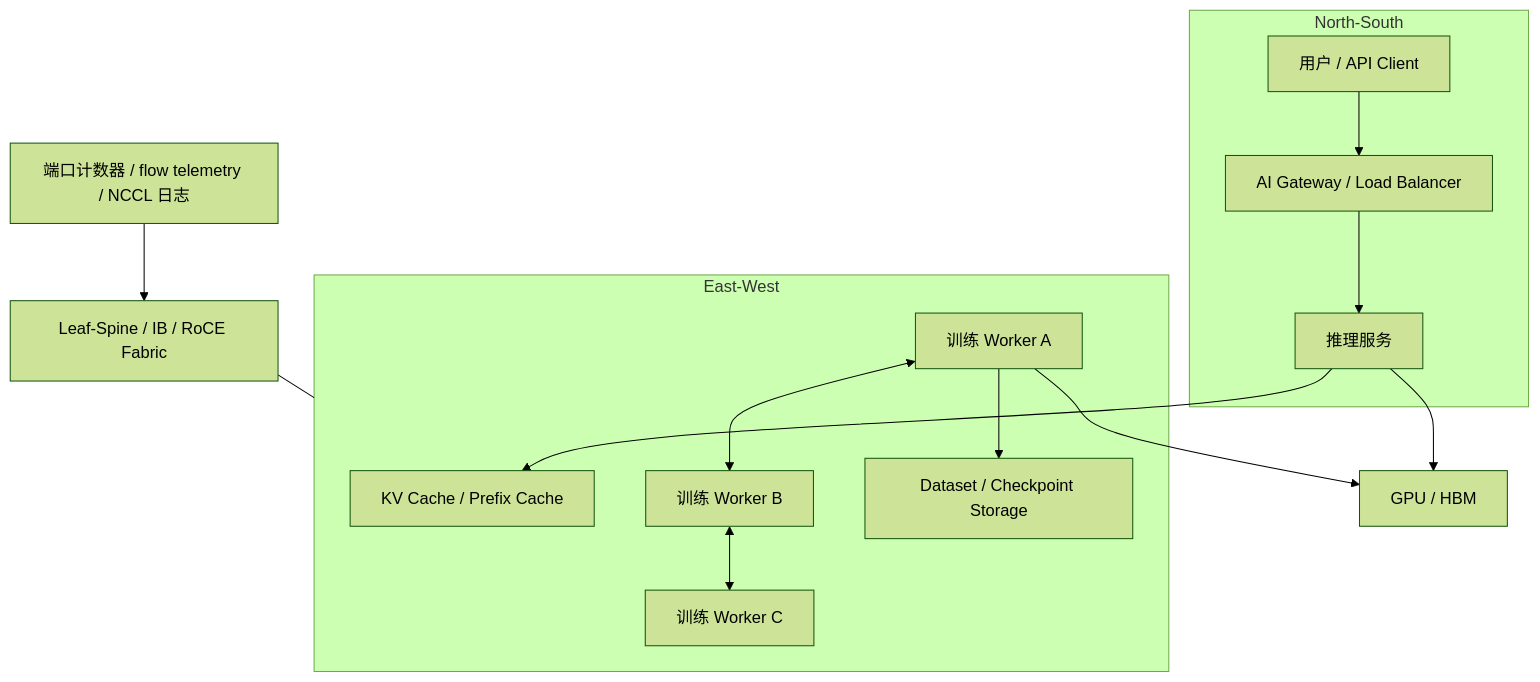
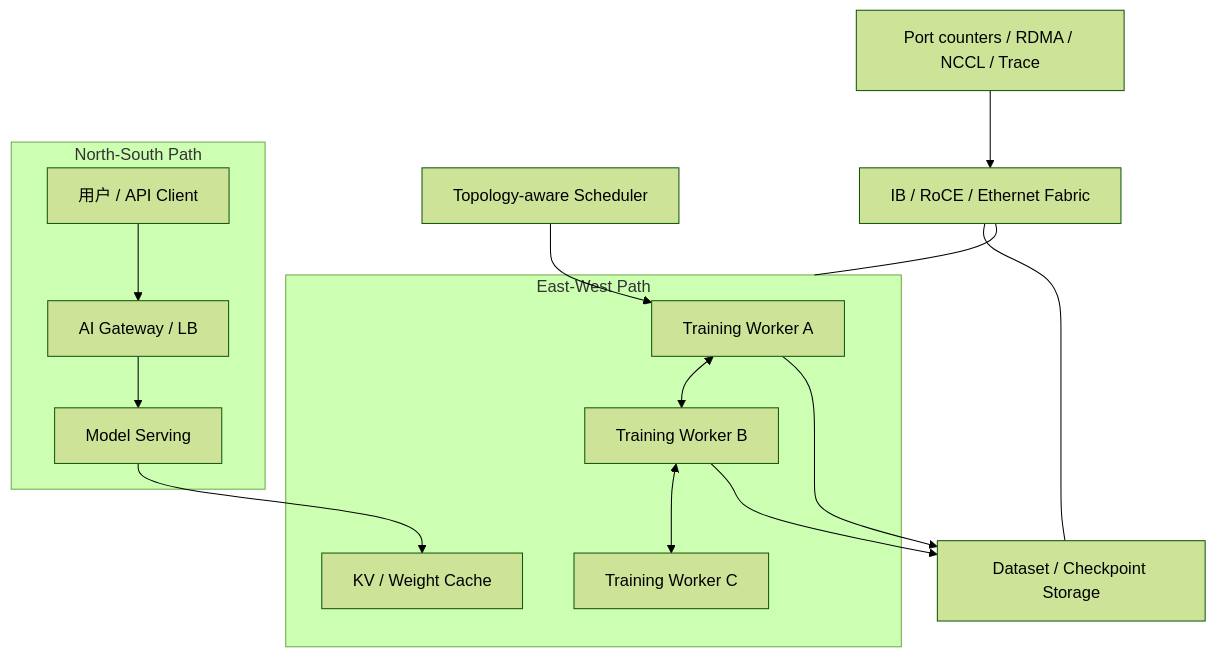
Before and after one commit to ikingye/ai-factory-engineering: the diagram in docs/part-07-network-storage/chapter-30-ai-networking-basics.md, drawn with Mermaid (forest theme). The commit also changed other lines of this file and 3 other files, not shown here.

````diff
--- a/docs/part-07-network-storage/chapter-30-ai-networking-basics.md
+++ b/docs/part-07-network-storage/chapter-30-ai-networking-basics.md
@@ -23,19 +47,20 @@
 ```mermaid
 flowchart TB
-  subgraph NorthSouth["North-South"]
-    User["用户 / API Client"] --> Gateway["AI Gateway / Load Balancer"]
-    Gateway --> Serving["推理服务"]
+  subgraph NorthSouth["North-South Path"]
+    User["用户 / API Client"] --> Gateway["AI Gateway / LB"]
+    Gateway --> Serving["Model Serving"]
   end
 
-  subgraph EastWest["East-West"]
-    Serving --> Cache["KV Cache / Prefix Cache"]
-    TrainerA["训练 Worker A"] <--> TrainerB["训练 Worker B"]
-    TrainerB <--> TrainerC["训练 Worker C"]
-    TrainerA --> Storage["Dataset / Checkpoint Storage"]
+  subgraph EastWest["East-West Path"]
+    W1["Training Worker A"] <--> W2["Training Worker B"]
+    W2 <--> W3["Training Worker C"]
+    Serving --> Cache["KV / Weight Cache"]
   end
 
-  Serving --> GPU["GPU / HBM"]
-  TrainerA --> GPU
-  Fabric["Leaf-Spine / IB / RoCE Fabric"] --- EastWest
-  Telemetry["端口计数器 / flow telemetry / NCCL 日志"] --> Fabric
+  W1 --> Storage["Dataset / Checkpoint Storage"]
+  W2 --> Storage
+  Fabric["IB / RoCE / Ethernet Fabric"] --- EastWest
+  Fabric --- Storage
+  Telemetry["Port counters / RDMA / NCCL / Trace"] --> Fabric
+  Scheduler["Topology-aware Scheduler"] --> W1
 ```
````
